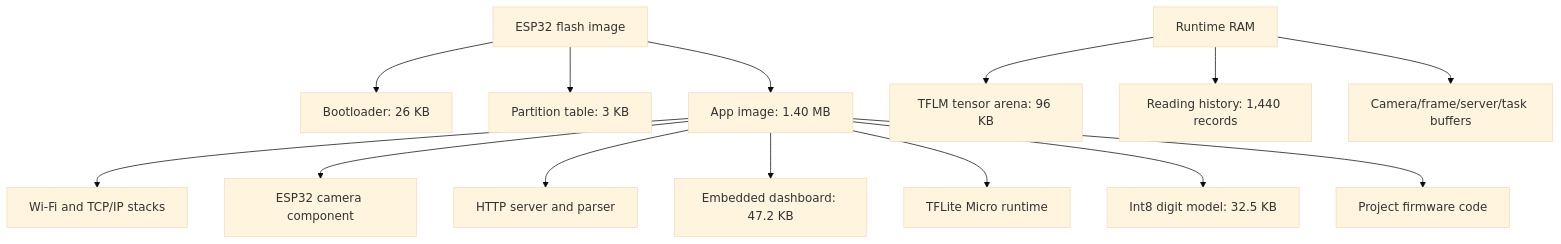
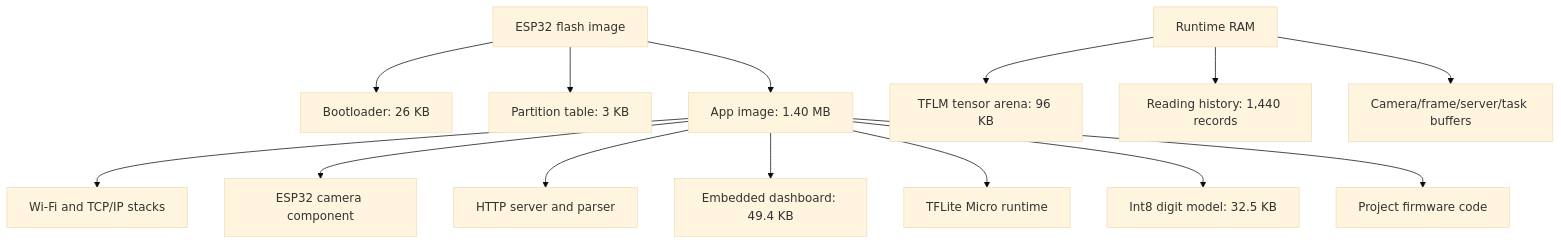
The second of 2 diagrams in documents/firmware_breakdown.md (marcelpetrick/esp32-fever-dream), drawn with Mermaid (base theme) before and after one commit. The commit also changed other lines of this file and 19 other files, not shown here.

````diff
--- a/documents/firmware_breakdown.md
+++ b/documents/firmware_breakdown.md
@@ -102,18 +102,18 @@
 ```mermaid
 flowchart TD
     Flash[ESP32 flash image] --> Boot[Bootloader: 26 KB]
     Flash --> Part[Partition table: 3 KB]
     Flash --> App[App image: 1.40 MB]
 
     App --> Wifi[Wi-Fi and TCP/IP stacks]
     App --> Camera[ESP32 camera component]
     App --> Http[HTTP server and parser]
-    App --> Web[Embedded dashboard: 47.2 KB]
+    App --> Web[Embedded dashboard: 49.4 KB]
     App --> Tflm[TFLite Micro runtime]
     App --> Model[Int8 digit model: 32.5 KB]
     App --> AppCode[Project firmware code]
 
     RAM[Runtime RAM] --> Arena[TFLM tensor arena: 96 KB]
     RAM --> History[Reading history: 1,440 records]
     RAM --> Buffers[Camera/frame/server/task buffers]
 ```
````
